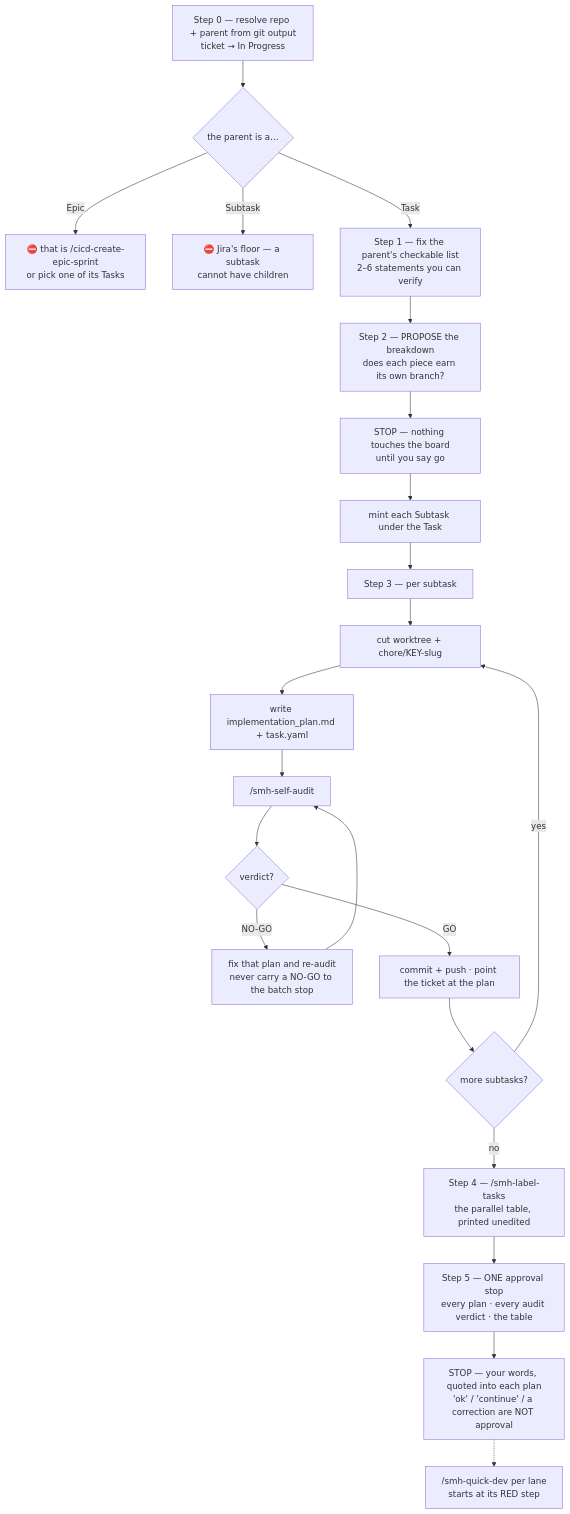
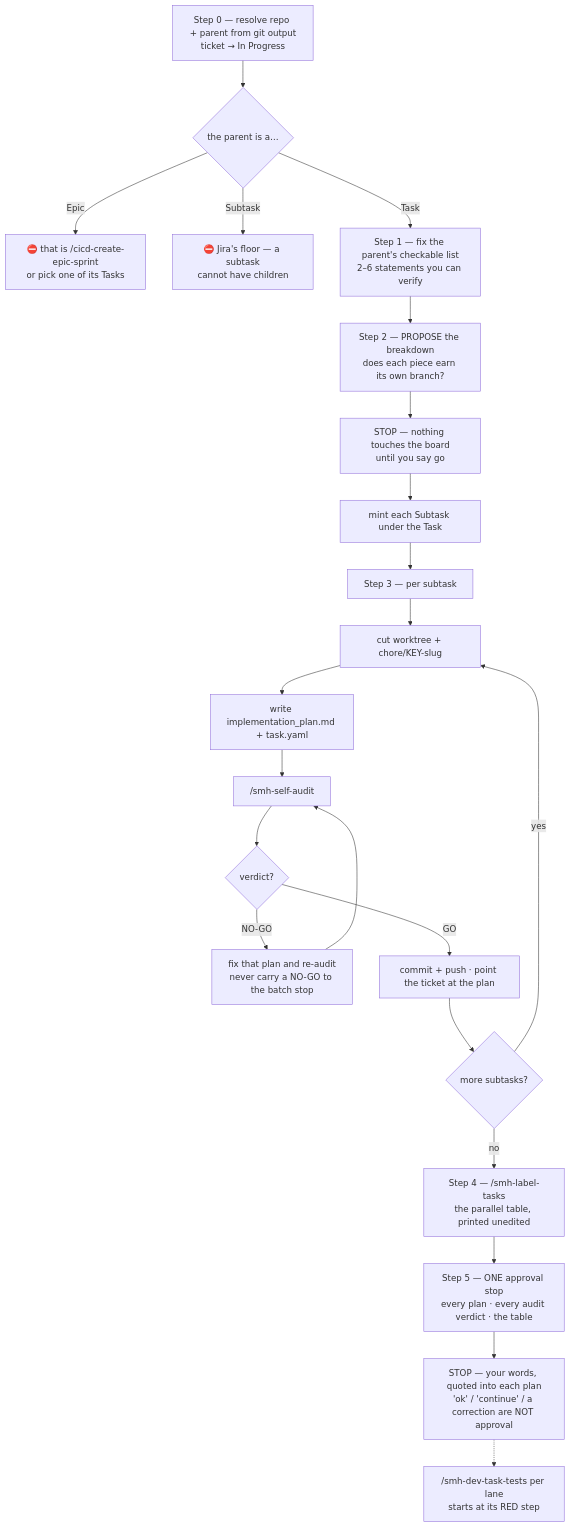
One commit to sudomadhatter/Sudo_Hatter_Command changed diagram 17 of 46 in docs/_scc_sops_prds/operator_workflows_quickref.md. Above: the diagram before and after it, drawn with Mermaid. The commit also changed other lines of this file and 74 other files, not shown here.

First line of the commit message:
SCC-445 feat(commands): /smh-quick-dev is the quick lane; the full Task lane is /smh-dev-task-tests; /smh-quick-fix retired

````diff
--- a/docs/_scc_sops_prds/operator_workflows_quickref.md
+++ b/docs/_scc_sops_prds/operator_workflows_quickref.md
@@ -587,24 +587,24 @@
 ```mermaid
 flowchart TD
     S0["Step 0 — resolve repo + parent from git output\nticket → In Progress"] --> TYPE{"the parent is a…"}
     TYPE -- "Epic" --> X1["⛔ that is /cicd-create-epic-sprint\nor pick one of its Tasks"]
     TYPE -- "Subtask" --> X2["⛔ Jira's floor — a subtask\ncannot have children"]
     TYPE -- "Task" --> S1["Step 1 — fix the parent's checkable list\n2–6 statements you can verify"]
     S1 --> S2["Step 2 — PROPOSE the breakdown\ndoes each piece earn its own branch?"]
     S2 --> STOP1["STOP — nothing touches the board\nuntil you say go"]
     STOP1 --> MINT["mint each Subtask under the Task"]
     MINT --> LOOP["Step 3 — per subtask"]
     LOOP --> L1["cut worktree + chore/KEY-slug"]
     L1 --> L2["write implementation_plan.md + task.yaml"]
     L2 --> L3["/smh-self-audit"]
     L3 --> V{"verdict?"}
     V -- "NO-GO" --> FIX["fix that plan and re-audit\nnever carry a NO-GO to the batch stop"]
     FIX --> L3
     V -- "GO" --> L4["commit + push · point the ticket at the plan"]
     L4 --> MORE{"more subtasks?"}
     MORE -- "yes" --> L1
     MORE -- "no" --> S4["Step 4 — /smh-label-tasks\nthe parallel table, printed unedited"]
     S4 --> S5["Step 5 — ONE approval stop\nevery plan · every audit verdict · the table"]
     S5 --> STOP2["STOP — your words, quoted into each plan\n'ok' / 'continue' / a correction are NOT approval"]
-    STOP2 -.-> QD["/smh-quick-dev per lane\nstarts at its RED step"]
+    STOP2 -.-> QD["/smh-dev-task-tests per lane\nstarts at its RED step"]
 ```
````
